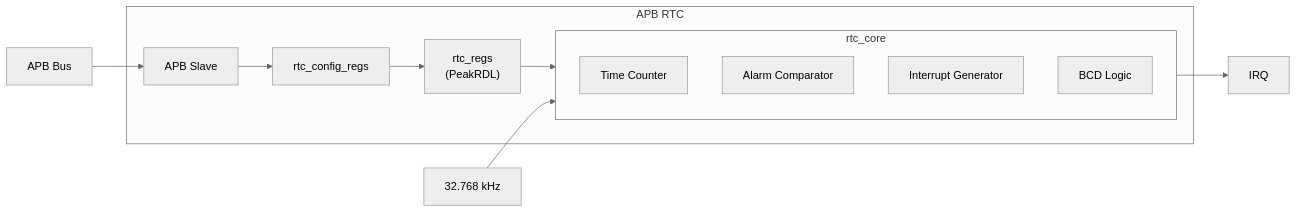
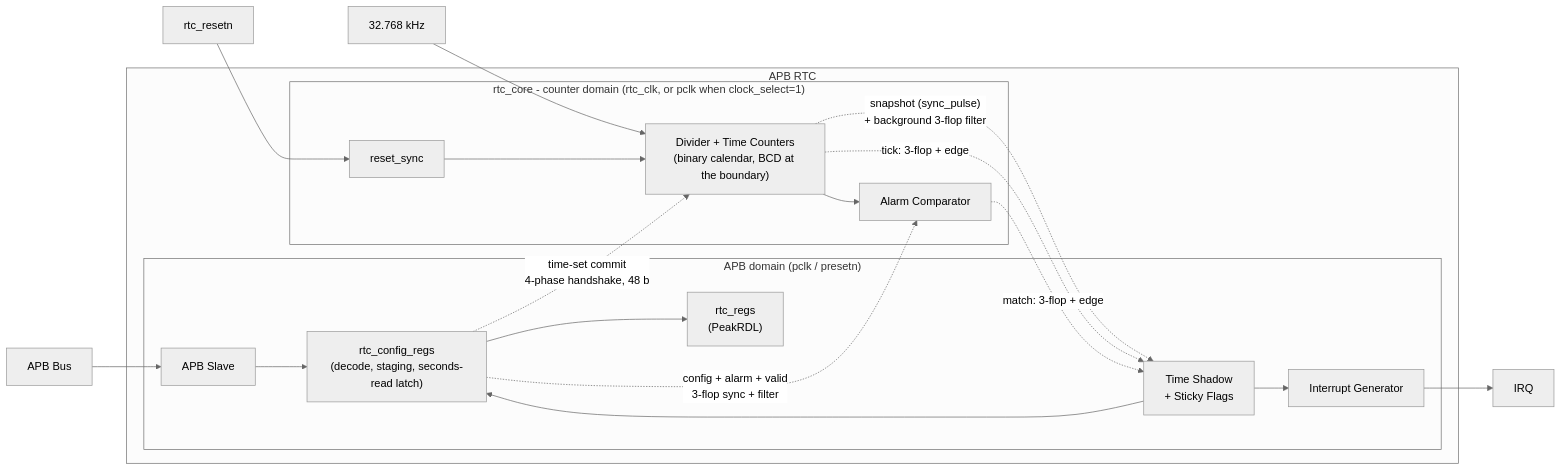
Before and after one commit to sean-galloway/RTLDesignSherpa: the diagram in projects/components/retro_legacy_blocks/docs/rtc_mas/assets/mermaid/rtc_block_diagram.mmd, drawn with Mermaid. The commit also changed 31 other files, not shown here.

First line of the commit message:
fix(rlb/rtc): counter domain on rtc_clk with explicit crossings, stage-then-commit time set, coherent reads (#56)

```diff
--- a/projects/components/retro_legacy_blocks/docs/rtc_mas/assets/mermaid/rtc_block_diagram.mmd
+++ b/projects/components/retro_legacy_blocks/docs/rtc_mas/assets/mermaid/rtc_block_diagram.mmd
@@ -1,22 +1,35 @@
 %%{init: {'theme': 'neutral'}}%%
 flowchart LR
     subgraph APB_RTC["APB RTC"]
-        APB["APB Slave"]
-        CFG["rtc_config_regs"]
-        REGS["rtc_regs<br/>(PeakRDL)"]
+        subgraph PCLK["APB domain (pclk / presetn)"]
+            APB["APB Slave"]
+            CFG["rtc_config_regs<br/>(decode, staging, seconds-read latch)"]
+            REGS["rtc_regs<br/>(PeakRDL)"]
+            SHADOW["Time Shadow<br/>+ Sticky Flags"]
+            INT_GEN["Interrupt Generator"]
+        end
 
-        subgraph CORE["rtc_core"]
-            TIME["Time Counter"]
+        subgraph CORE["rtc_core - counter domain (rtc_clk, or pclk when clock_select=1)"]
+            RSYNC["reset_sync"]
+            TIME["Divider + Time Counters<br/>(binary calendar, BCD at the boundary)"]
             ALARM["Alarm Comparator"]
-            INT_GEN["Interrupt Generator"]
-            BCD["BCD Logic"]
         end
     end
 
     BUS["APB Bus"] --> APB
     APB --> CFG
     CFG --> REGS
-    REGS --> CORE
+    SHADOW --> CFG
+    SHADOW --> INT_GEN
 
-    CLK["32.768 kHz"] --> CORE
-    CORE --> IRQ["IRQ"]
+    CLK["32.768 kHz"] --> TIME
+    RST["rtc_resetn"] --> RSYNC
+    RSYNC --> TIME
+    TIME --> ALARM
+
+    CFG -. "config + alarm + valid<br/>3-flop sync + filter" .-> ALARM
+    CFG -. "time-set commit<br/>4-phase handshake, 48 b" .-> TIME
+    TIME -. "snapshot (sync_pulse)<br/>+ background 3-flop filter" .-> SHADOW
+    TIME -. "tick: 3-flop + edge" .-> SHADOW
+    ALARM -. "match: 3-flop + edge" .-> SHADOW
+    INT_GEN --> IRQ["IRQ"]
```
